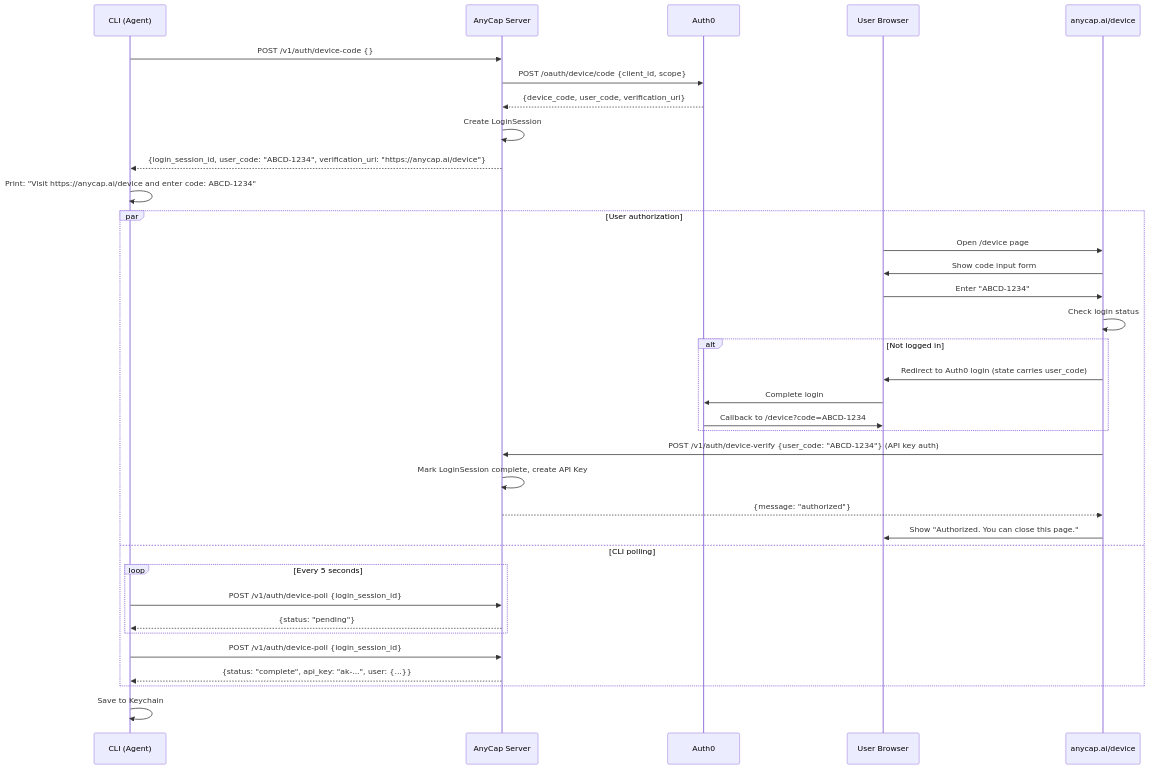
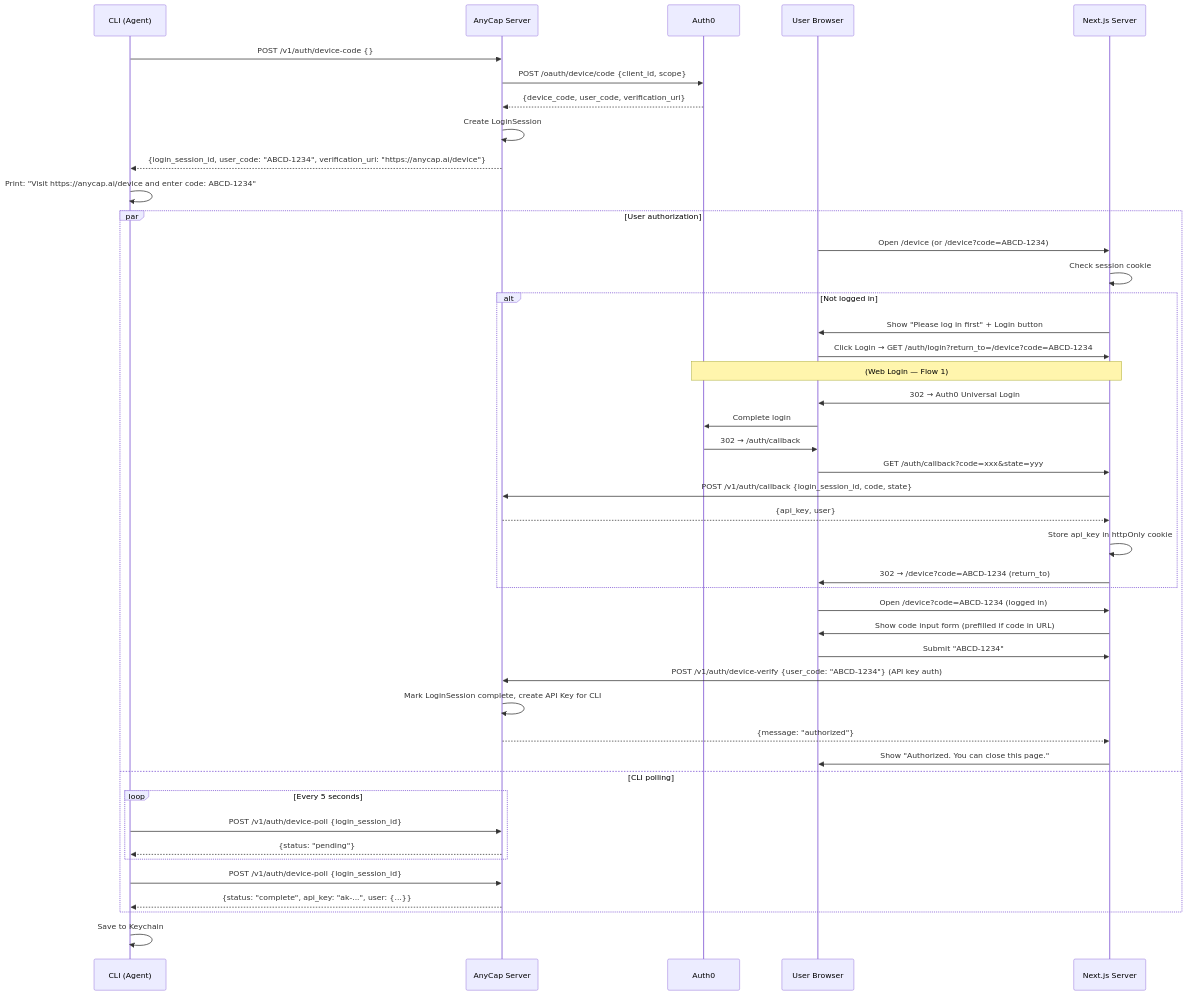
The third of 3 diagrams in docs/plans/2026-03-26-web-auth-flows.md (anycap-ai/anycap), drawn with Mermaid before and after one commit. The commit also changed other lines of this file and 1 other file, not shown here.

Commit message:
docs: up web auth

````diff
--- a/docs/plans/2026-03-26-web-auth-flows.md
+++ b/docs/plans/2026-03-26-web-auth-flows.md
@@ -127,41 +127,50 @@
 ```mermaid
 sequenceDiagram
     participant C as CLI (Agent)
     participant S as AnyCap Server
     participant A as Auth0
     participant B as User Browser
-    participant W as anycap.ai/device
+    participant N as Next.js Server
 
     C->>S: POST /v1/auth/device-code {}
     S->>A: POST /oauth/device/code {client_id, scope}
     A-->>S: {device_code, user_code, verification_uri}
     S->>S: Create LoginSession
     S-->>C: {login_session_id, user_code: "ABCD-1234", verification_uri: "https://anycap.ai/device"}
 
     C->>C: Print: "Visit https://anycap.ai/device and enter code: ABCD-1234"
 
     par User authorization
-        B->>W: Open /device page
-        W->>B: Show code input form
-        B->>W: Enter "ABCD-1234"
-        W->>W: Check login status
+        B->>N: Open /device (or /device?code=ABCD-1234)
+        N->>N: Check session cookie
         alt Not logged in
-            W->>B: Redirect to Auth0 login (state carries user_code)
+            N->>B: Show "Please log in first" + Login button
+            B->>N: Click Login → GET /auth/login?return_to=/device?code=ABCD-1234
+            Note over N,A: (Web Login — Flow 1)
+            N->>B: 302 → Auth0 Universal Login
             B->>A: Complete login
-            A->>B: Callback to /device?code=ABCD-1234
+            A->>B: 302 → /auth/callback
+            B->>N: GET /auth/callback?code=xxx&state=yyy
+            N->>S: POST /v1/auth/callback {login_session_id, code, state}
+            S-->>N: {api_key, user}
+            N->>N: Store api_key in httpOnly cookie
+            N->>B: 302 → /device?code=ABCD-1234 (return_to)
         end
-        W->>S: POST /v1/auth/device-verify {user_code: "ABCD-1234"} (API key auth)
-        S->>S: Mark LoginSession complete, create API Key
-        S-->>W: {message: "authorized"}
-        W->>B: Show "Authorized. You can close this page."
+        B->>N: Open /device?code=ABCD-1234 (logged in)
+        N->>B: Show code input form (prefilled if code in URL)
+        B->>N: Submit "ABCD-1234"
+        N->>S: POST /v1/auth/device-verify {user_code: "ABCD-1234"} (API key auth)
+        S->>S: Mark LoginSession complete, create API Key for CLI
+        S-->>N: {message: "authorized"}
+        N->>B: Show "Authorized. You can close this page."
     and CLI polling
         loop Every 5 seconds
             C->>S: POST /v1/auth/device-poll {login_session_id}
             S-->>C: {status: "pending"}
         end
         C->>S: POST /v1/auth/device-poll {login_session_id}
         S-->>C: {status: "complete", api_key: "ak-...", user: {...}}
     end
 
     C->>C: Save to Keychain
 ```
````
